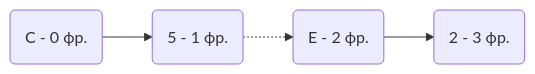
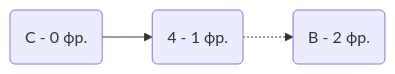
Before and after one commit to hse-algo-24-owl/manual-tasks-owl: the seventh of 10 diagrams in task-8/mikhailkrug.md, drawn with Mermaid. The commit also changed other lines of this file, not shown here.

````diff
--- a/task-8/mikhailkrug.md
+++ b/task-8/mikhailkrug.md
@@ -228,4 +225,4 @@
 ```mermaid
 graph LR
-    С(С - 0 фр.)  --> 5(5 - 1 фр.) -.-> E(E - 2 фр.)  --> 2(2 - 3 фр.) 
+    C(C - 0 фр.)  --> 4(4 - 1 фр.) -.-> B(B - 2 фр.)
 ```
````
